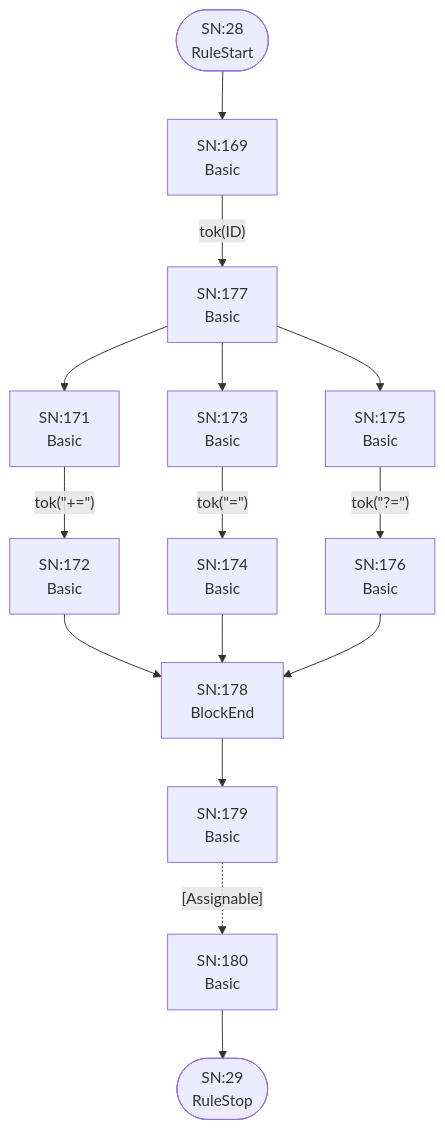
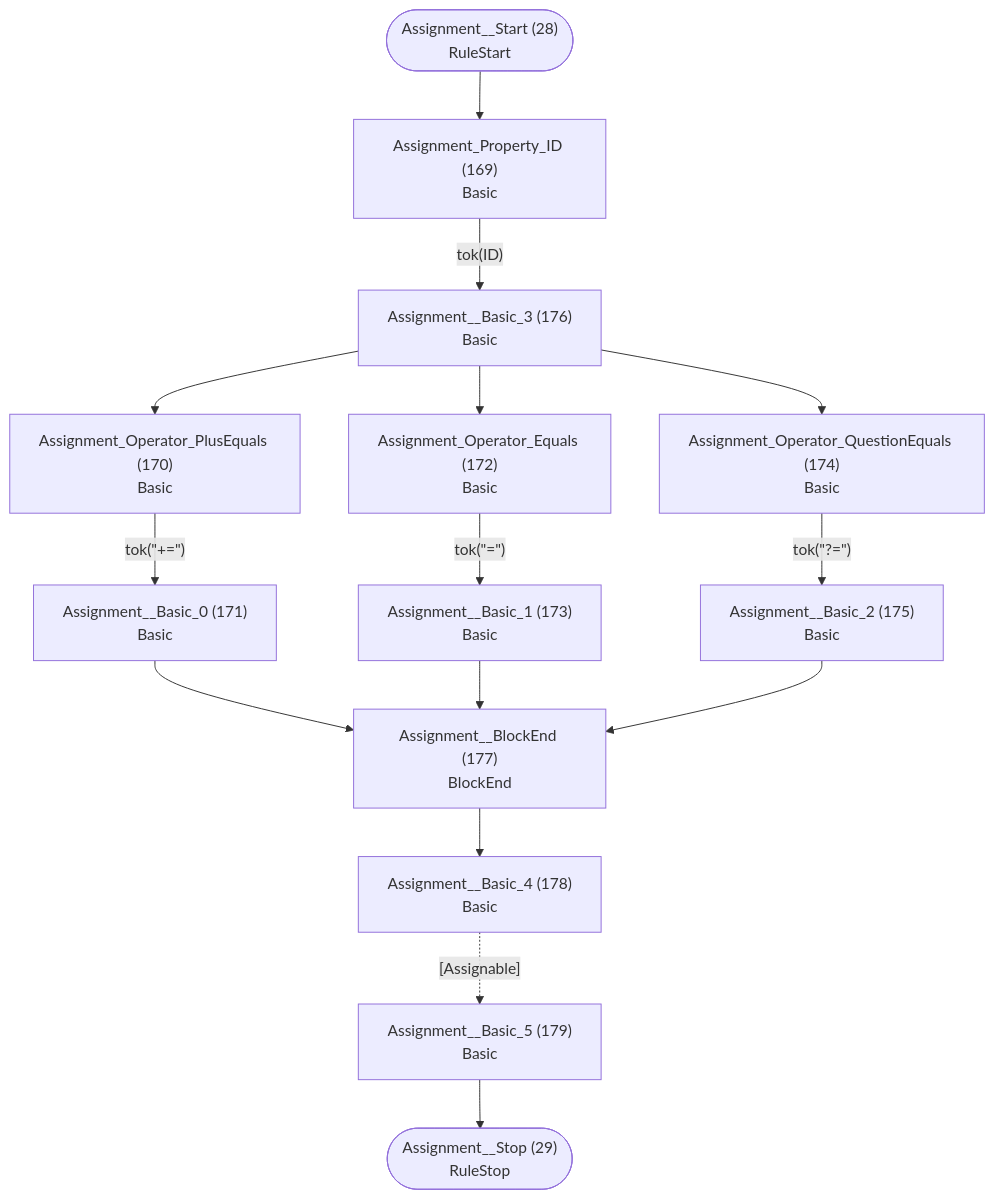
One commit to TypeFox/fastbelt changed diagram 15 of 25 in internal/grammar/atn.md. Above: the diagram before and after it, drawn with Mermaid. The commit also changed other lines of this file and 26 other files, not shown here.

````diff
--- a/internal/grammar/atn.md
+++ b/internal/grammar/atn.md
@@ -409,31 +409,31 @@
 ```mermaid
 flowchart TD
-    q28(["SN:28<br/>RuleStart"])
-    q29(["SN:29<br/>RuleStop"])
-    q169["SN:169<br/>Basic<br/>"]
-    q170["SN:171<br/>Basic<br/>"]
-    q171["SN:172<br/>Basic<br/>"]
-    q172["SN:173<br/>Basic<br/>"]
-    q173["SN:174<br/>Basic<br/>"]
-    q174["SN:175<br/>Basic<br/>"]
-    q175["SN:176<br/>Basic<br/>"]
-    q176["SN:177<br/>Basic<br/>"]
-    q177["SN:178<br/>BlockEnd<br/>"]
-    q178["SN:179<br/>Basic<br/>"]
-    q179["SN:180<br/>Basic<br/>"]
+    q28(["Assignment__Start (28)<br/>RuleStart"])
+    q29(["Assignment__Stop (29)<br/>RuleStop"])
+    q169["Assignment_Property_ID (169)<br/>Basic<br/>"]
+    q170["Assignment_Operator_PlusEquals (170)<br/>Basic<br/>"]
+    q171["Assignment__Basic_0 (171)<br/>Basic<br/>"]
+    q172["Assignment_Operator_Equals (172)<br/>Basic<br/>"]
+    q173["Assignment__Basic_1 (173)<br/>Basic<br/>"]
+    q174["Assignment_Operator_QuestionEquals (174)<br/>Basic<br/>"]
+    q175["Assignment__Basic_2 (175)<br/>Basic<br/>"]
+    q176["Assignment__Basic_3 (176)<br/>Basic<br/>"]
+    q177["Assignment__BlockEnd (177)<br/>BlockEnd<br/>"]
+    q178["Assignment__Basic_4 (178)<br/>Basic<br/>"]
+    q179["Assignment__Basic_5 (179)<br/>Basic<br/>"]
 
     q28 --> q169
     q169 -->|"tok(ID)"| q176
     q170 -->|"tok(&quot;+=&quot;)"| q171
     q171 --> q177
     q172 -->|"tok(&quot;=&quot;)"| q173
     q173 --> q177
     q174 -->|"tok(&quot;?=&quot;)"| q175
     q175 --> q177
     q176 --> q170
     q176 --> q172
     q176 --> q174
     q177 --> q178
     q178 -.->|"[Assignable]"| q179
     q179 --> q29
 ```
````
